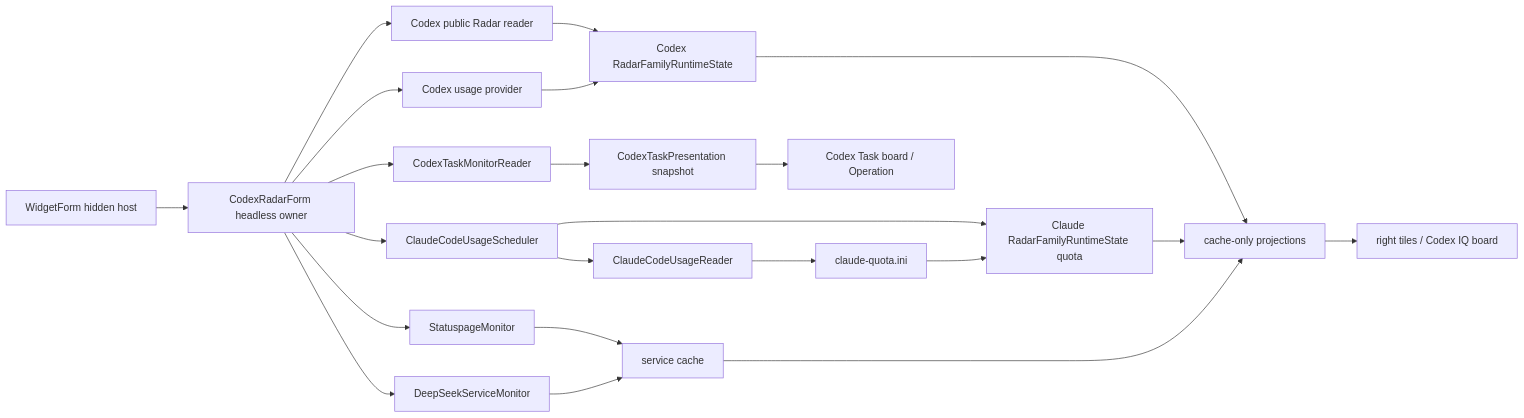
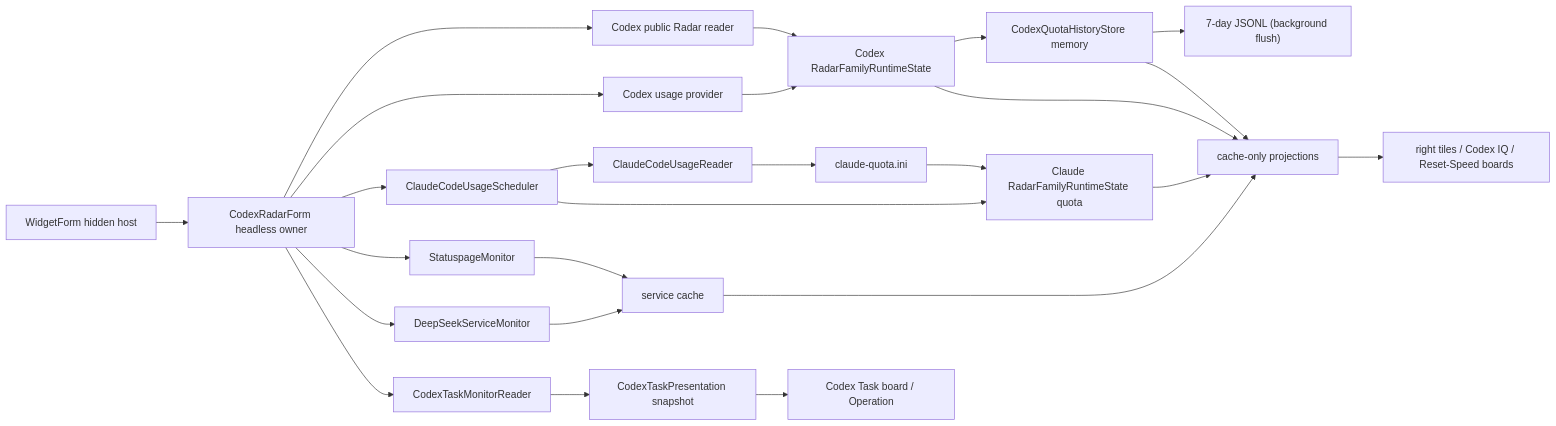
Before and after one commit to AFT-Sakee01/DesktopCodexAssistant: the diagram in Docs/CodexRadar-Architecture.md, drawn with Mermaid. The commit also changed other lines of this file and 35 other files, not shown here.

Commit message:
feat: add reset and speed dock board

````diff
--- a/Docs/CodexRadar-Architecture.md
+++ b/Docs/CodexRadar-Architecture.md
@@ -41,24 +44,27 @@
 ```mermaid
 flowchart LR
     A["WidgetForm hidden host"] --> B["CodexRadarForm headless owner"]
     B --> C["Codex public Radar reader"]
     B --> D["Codex usage provider"]
     B --> E["ClaudeCodeUsageScheduler"]
     E --> F["ClaudeCodeUsageReader"]
     F --> G["claude-quota.ini"]
     B --> H["StatuspageMonitor"]
     B --> I["DeepSeekServiceMonitor"]
     B --> J["CodexTaskMonitorReader"]
     C --> K["Codex RadarFamilyRuntimeState"]
     D --> K
     E --> L["Claude RadarFamilyRuntimeState quota"]
     G --> L
     H --> M["service cache"]
     I --> M
+    K --> R["CodexQuotaHistoryStore memory"]
+    R --> S["7-day JSONL (background flush)"]
     K --> N["cache-only projections"]
+    R --> N
     L --> N
     M --> N
     J --> O["CodexTaskPresentation snapshot"]
-    N --> P["right tiles / Codex IQ board"]
+    N --> P["right tiles / Codex IQ / Reset-Speed boards"]
     O --> Q["Codex Task board / Operation"]
 ```
````
